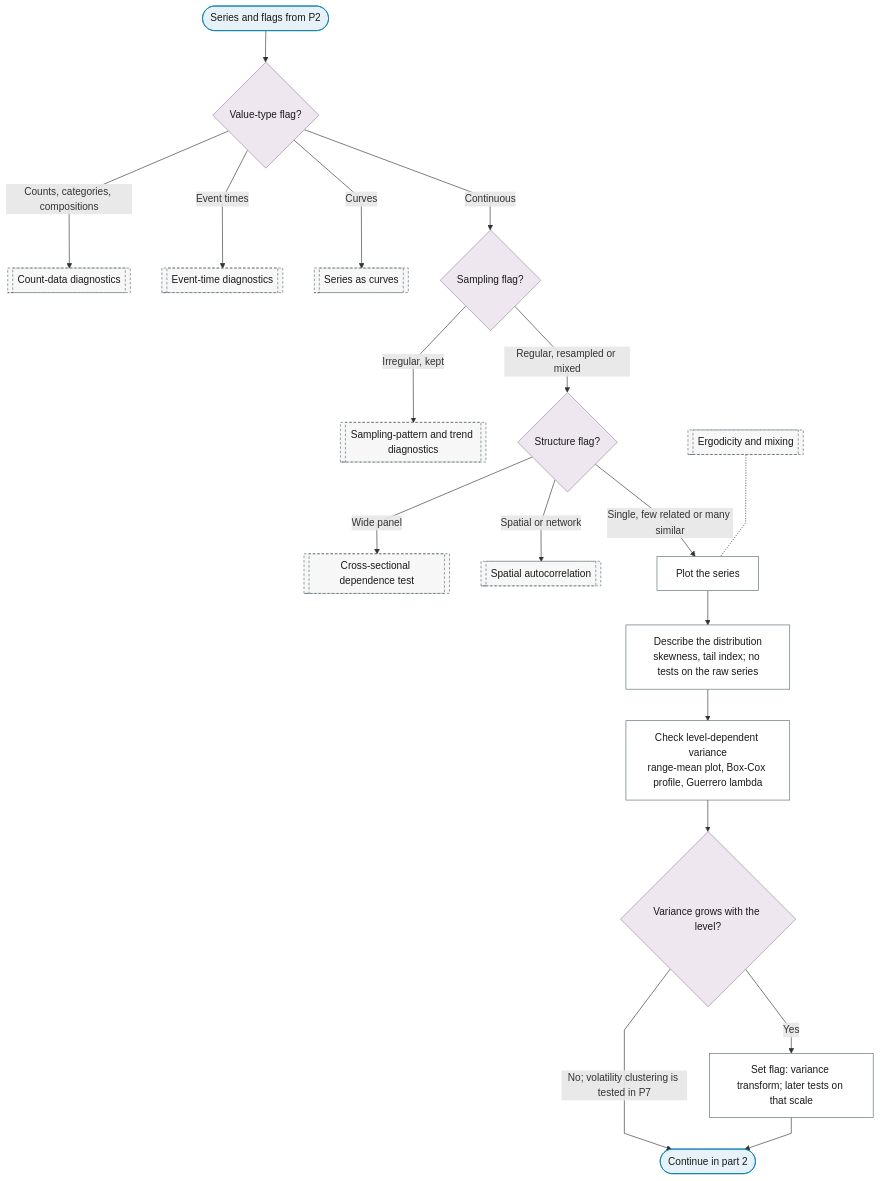
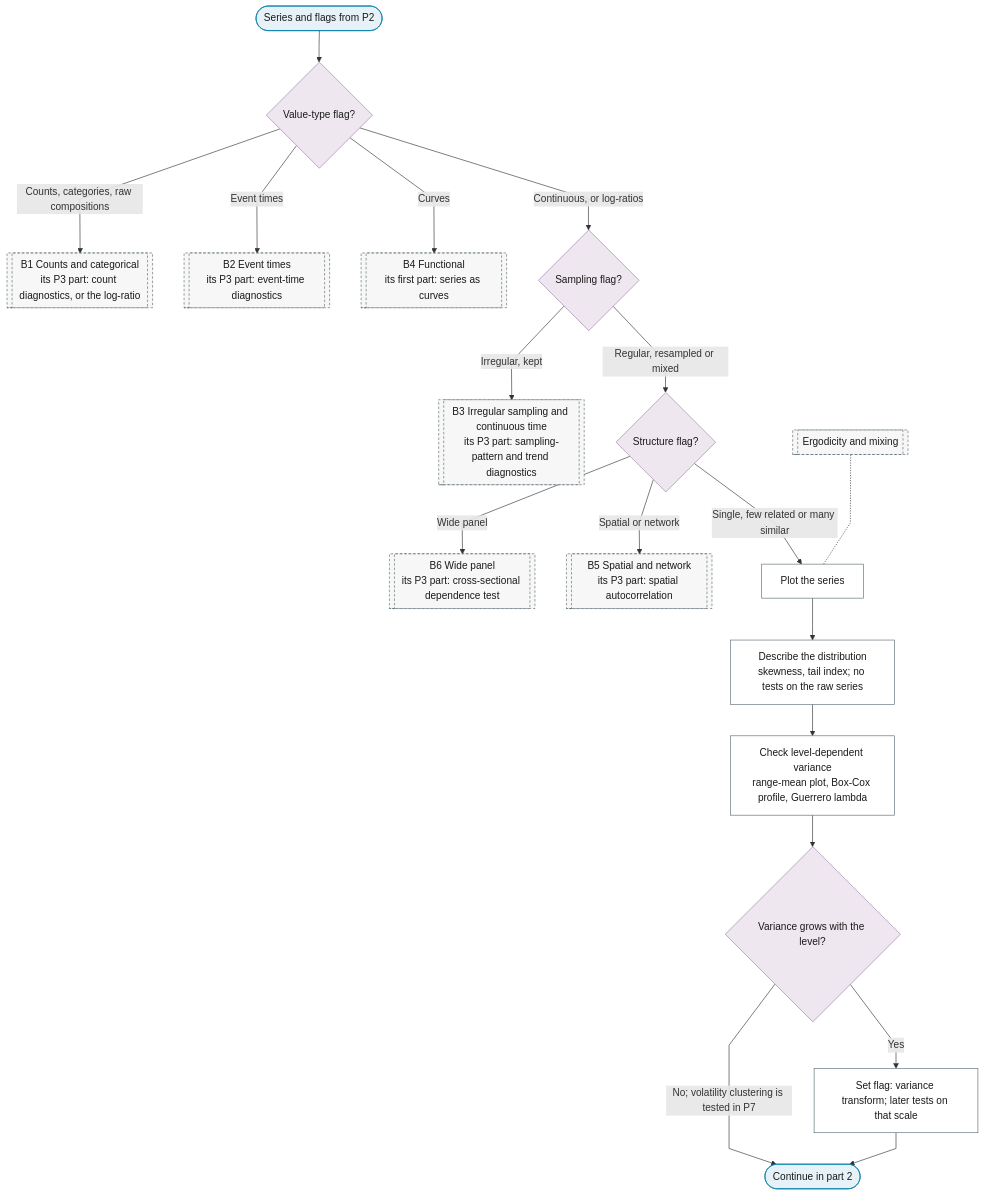
Before and after one commit to Shuxin-Y/time-series-analysis-manual: the first of 4 diagrams in docs/01-workflow/p03-exploratory-diagnostics.md, drawn with Mermaid. The commit also changed 14 other files, not shown here.

````diff
--- a/docs/01-workflow/p03-exploratory-diagnostics.md
+++ b/docs/01-workflow/p03-exploratory-diagnostics.md
@@ -11,33 +11,33 @@
 ```mermaid
 %%{init: {"flowchart": {"curve": "linear"}}}%%
 graph TD
     P3_IN(["Series and flags from P2"]) --> P3_TYPE{"Value-type flag?"}
-    P3_TYPE -->|"Counts, categories, compositions"| B1_COUNT_EDA[["Count-data diagnostics"]]
-    P3_TYPE -->|"Event times"| B2_EVENT_EDA[["Event-time diagnostics"]]
-    P3_TYPE -->|"Curves"| B4_CURVES[["Series as curves"]]
-    P3_TYPE -->|"Continuous"| P3_SAMPLING{"Sampling flag?"}
-    P3_SAMPLING -->|"Irregular, kept"| B3_DIAGNOSTICS[["Sampling-pattern and trend diagnostics"]]
+    P3_TYPE -->|"Counts, categories, raw compositions"| B1[["B1 Counts and categorical<br/>its P3 part: count diagnostics, or the log-ratio"]]
+    P3_TYPE -->|"Event times"| B2[["B2 Event times<br/>its P3 part: event-time diagnostics"]]
+    P3_TYPE -->|"Curves"| B4[["B4 Functional<br/>its first part: series as curves"]]
+    P3_TYPE -->|"Continuous, or log-ratios"| P3_SAMPLING{"Sampling flag?"}
+    P3_SAMPLING -->|"Irregular, kept"| B3[["B3 Irregular sampling and continuous time<br/>its P3 part: sampling-pattern and trend diagnostics"]]
     P3_SAMPLING -->|"Regular, resampled or mixed"| P3_STRUCTURE{"Structure flag?"}
-    P3_STRUCTURE -->|"Wide panel"| B6_CROSS_SECTION_DEPENDENCE[["Cross-sectional dependence test"]]
-    P3_STRUCTURE -->|"Spatial or network"| B5_SPATIAL_AUTOCORRELATION[["Spatial autocorrelation"]]
+    P3_STRUCTURE -->|"Wide panel"| B6[["B6 Wide panel<br/>its P3 part: cross-sectional dependence test"]]
+    P3_STRUCTURE -->|"Spatial or network"| B5[["B5 Spatial and network<br/>its P3 part: spatial autocorrelation"]]
     P3_STRUCTURE -->|"Single, few related or many similar"| P3_PLOT["Plot the series"]
     P3_PLOT --> P3_DISTRIBUTION["Describe the distribution<br/>skewness, tail index; no tests on the raw series"]
     P3_DISTRIBUTION --> P3_VARIANCE_STABILITY["Check level-dependent variance<br/>range-mean plot, Box-Cox profile, Guerrero lambda"]
     P3_VARIANCE_STABILITY --> P3_HETERO{"Variance grows with the level?"}
     P3_HETERO -->|"Yes"| P3_VARIANCE_FLAG["Set flag: variance transform; later tests on that scale"]
     P3_HETERO -->|"No; volatility clustering is tested in P7"| P3_TO_PART_2(["Continue in part 2"])
     P3_VARIANCE_FLAG --> P3_TO_PART_2
     F_ERGODICITY[["Ergodicity and mixing"]] -.- P3_PLOT
     class P3_IN,P3_TO_PART_2 terminator
     class P3_TYPE,P3_SAMPLING,P3_STRUCTURE,P3_HETERO decision
     class P3_PLOT,P3_DISTRIBUTION,P3_VARIANCE_STABILITY,P3_VARIANCE_FLAG process
-    class B1_COUNT_EDA,B2_EVENT_EDA,B4_CURVES,B3_DIAGNOSTICS,B6_CROSS_SECTION_DEPENDENCE,B5_SPATIAL_AUTOCORRELATION,F_ERGODICITY ref
+    class B1,B2,B4,B3,B6,B5,F_ERGODICITY ref
     classDef terminator fill:#E6F2F7,stroke:#007BA7,color:#1A1A1A;
     classDef process fill:#FFFFFF,stroke:#5A6B73,color:#1A1A1A;
     classDef decision fill:#EFE7F0,stroke:#9B7FA7,color:#1A1A1A;
     classDef data fill:#FFF4E0,stroke:#C9A55E,color:#1A1A1A;
     classDef good fill:#DCEFD8,stroke:#4A7A3F,color:#1A1A1A;
     classDef escalate fill:#FFE9C2,stroke:#C9A55E,color:#1A1A1A;
     classDef problem fill:#F2D9DE,stroke:#800020,color:#1A1A1A;
     classDef ref fill:#F7F7F7,stroke:#5A6B73,color:#1A1A1A,stroke-dasharray:4 3;
 ```
````
